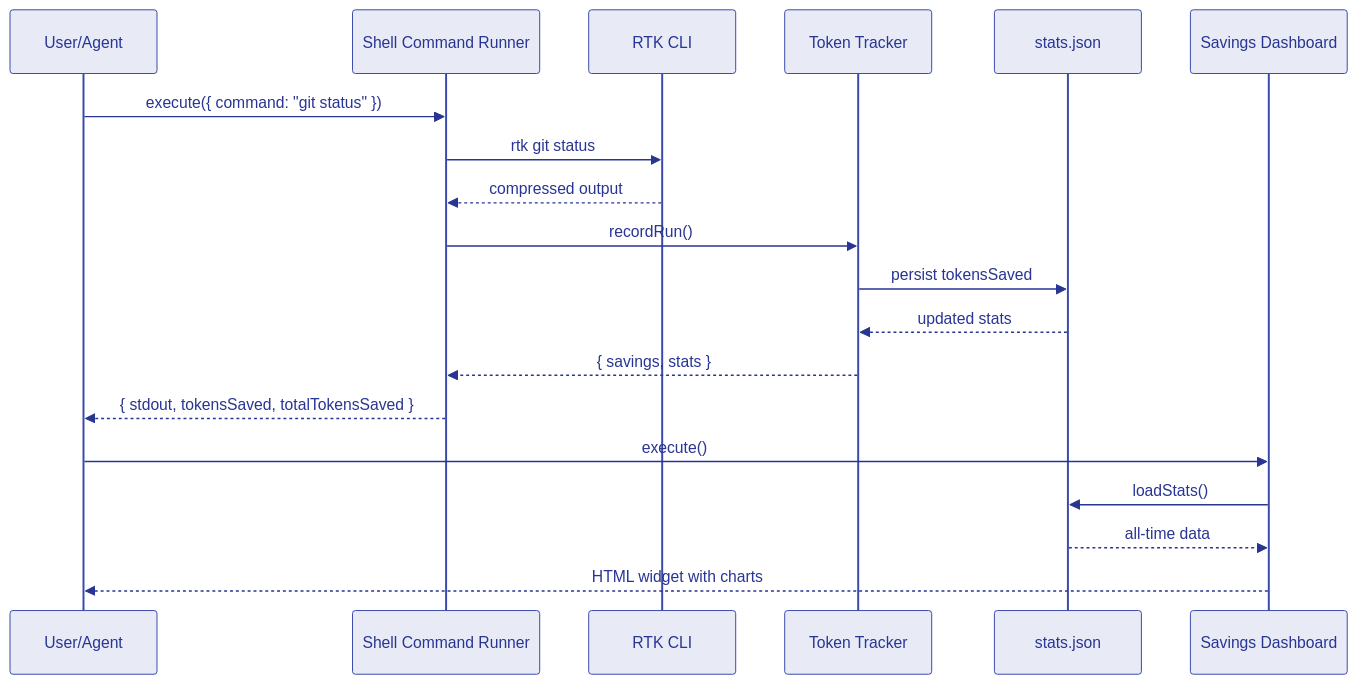
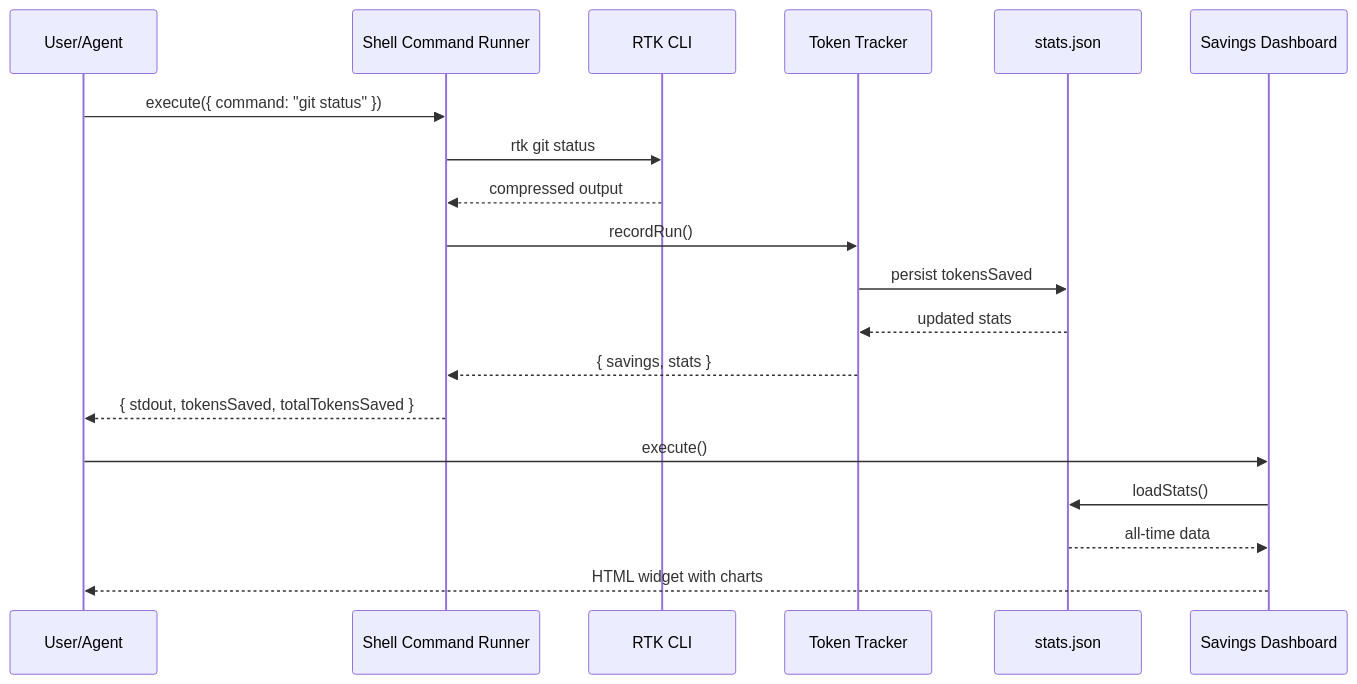
One commit to unRekable/rtk-agnt-integration changed the second of 2 diagrams in README.md. Above: the diagram before and after it, drawn with Mermaid. The commit also changed other lines of this file, not shown here.

Commit message:
docs: professional README with mermaid and production workflow

````diff
--- a/README.md
+++ b/README.md
@@ -158,24 +49,23 @@
 ```mermaid
-%%{init: {'theme': 'base', 'themeVariables': { 'primaryColor': '#e8eaf6', 'primaryTextColor': '#283593', 'primaryBorderColor': '#3949ab', 'lineColor': '#616161', 'secondaryColor': '#f1f8e9'}}}%%
 sequenceDiagram
     participant User as User/Agent
     participant Runner as Shell Command Runner
     participant RTK as RTK CLI
     participant Tracker as Token Tracker
     participant Stats as stats.json
     participant Dash as Savings Dashboard
 
     User->>Runner: execute({ command: "git status" })
     Runner->>RTK: rtk git status
     RTK-->>Runner: compressed output
     Runner->>Tracker: recordRun()
     Tracker->>Stats: persist tokensSaved
     Stats-->>Tracker: updated stats
     Tracker-->>Runner: { savings, stats }
     Runner-->>User: { stdout, tokensSaved, totalTokensSaved }
 
     User->>Dash: execute()
     Dash->>Stats: loadStats()
     Stats-->>Dash: all-time data
     Dash-->>User: HTML widget with charts
 ```
````
